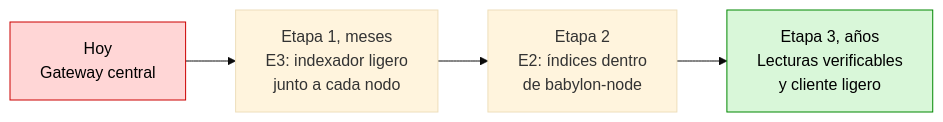
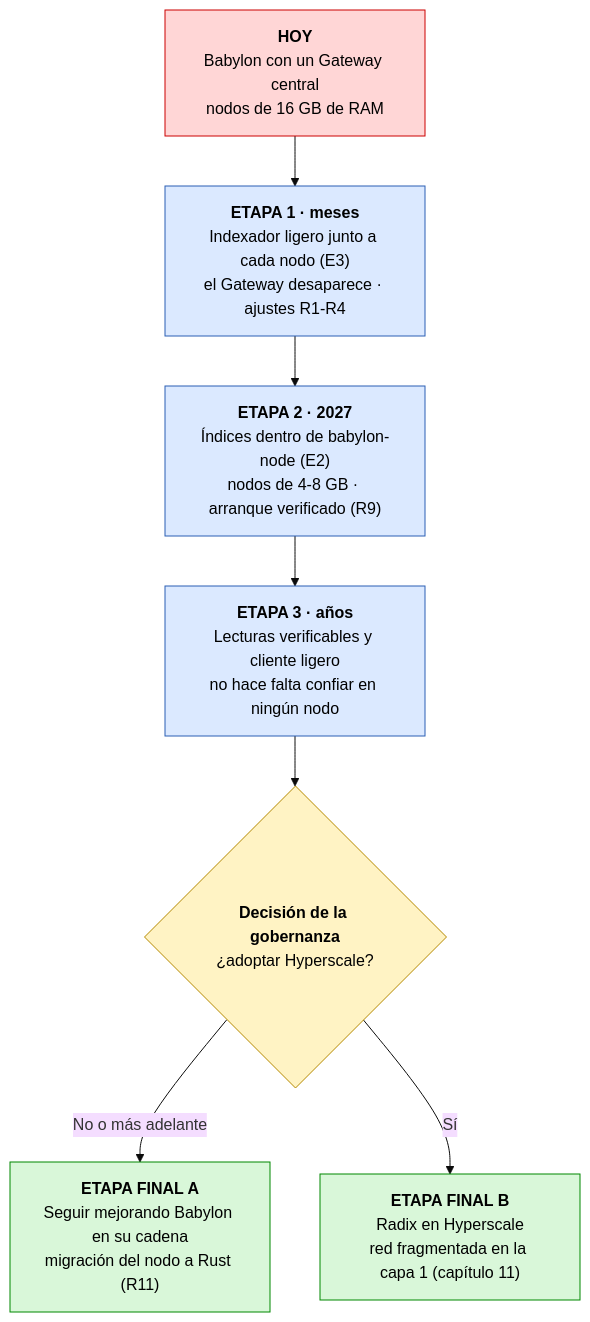
One commit to dazligth/radix-decentralization-roadmap changed the seventh of 7 diagrams in docs/es/06-solucion-recomendada.md. Above: the diagram before and after it, drawn with Mermaid (base theme). The commit also changed 5 other files, not shown here.

Commit message:
Clearer stages diagram and new Hyperscale final-stage compatibility diagram

````diff
--- a/docs/es/06-solucion-recomendada.md
+++ b/docs/es/06-solucion-recomendada.md
@@ -277,10 +277,21 @@
 ```mermaid
-flowchart LR
-    H["Hoy<br/>Gateway central"] --> S1["Etapa 1, meses<br/>E3: indexador ligero<br/>junto a cada nodo"]
-    S1 --> S2["Etapa 2<br/>E2: índices dentro<br/>de babylon-node"]
-    S2 --> S3["Etapa 3, años<br/>Lecturas verificables<br/>y cliente ligero"]
-    classDef bad fill:#ffd6d6,stroke:#c00,color:#000
-    classDef good fill:#d9f7d9,stroke:#080,color:#000
-    class H bad
-    class S3 good
+flowchart TB
+    S0["<b>HOY</b><br/>Babylon con un Gateway central<br/>nodos de 16 GB de RAM"]
+    S1["<b>ETAPA 1 · meses</b><br/>Indexador ligero junto a cada nodo (E3)<br/>el Gateway desaparece · ajustes R1-R4"]
+    S2["<b>ETAPA 2 · 2027</b><br/>Índices dentro de babylon-node (E2)<br/>nodos de 4-8 GB · arranque verificado (R9)"]
+    S3["<b>ETAPA 3 · años</b><br/>Lecturas verificables y cliente ligero<br/>no hace falta confiar en ningún nodo"]
+    D{"<b>Decisión de la gobernanza</b><br/>¿adoptar Hyperscale?"}
+    FA["<b>ETAPA FINAL A</b><br/>Seguir mejorando Babylon en su cadena<br/>migración del nodo a Rust (R11)"]
+    FB["<b>ETAPA FINAL B</b><br/>Radix en Hyperscale<br/>red fragmentada en la capa 1 (capítulo 11)"]
+    S0 --> S1 --> S2 --> S3 --> D
+    D -->|No o más adelante| FA
+    D -->|Sí| FB
+    classDef today fill:#ffd6d6,stroke:#c00,color:#000
+    classDef step fill:#dbe9ff,stroke:#2b5fb4,color:#000
+    classDef decision fill:#fff3c4,stroke:#b58900,color:#000
+    classDef final fill:#d9f7d9,stroke:#080,color:#000
+    class S0 today
+    class S1,S2,S3 step
+    class D decision
+    class FA,FB final
 ```
````
